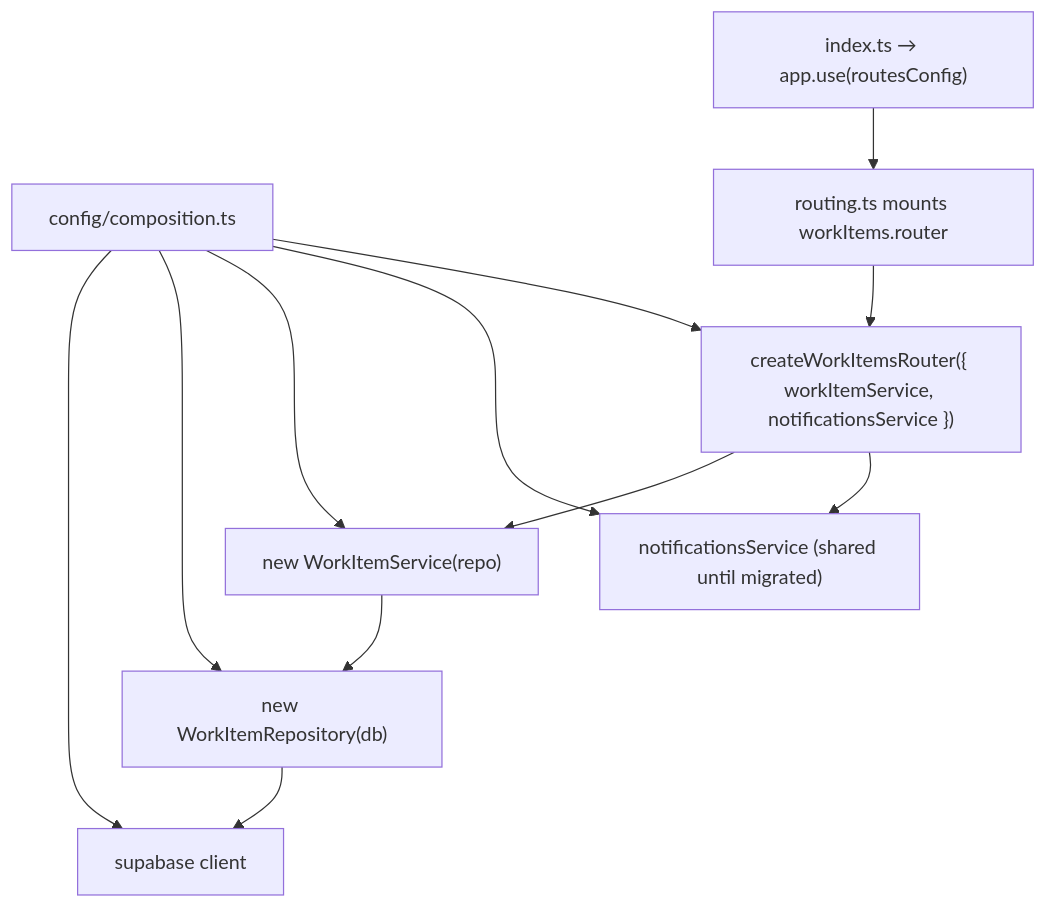
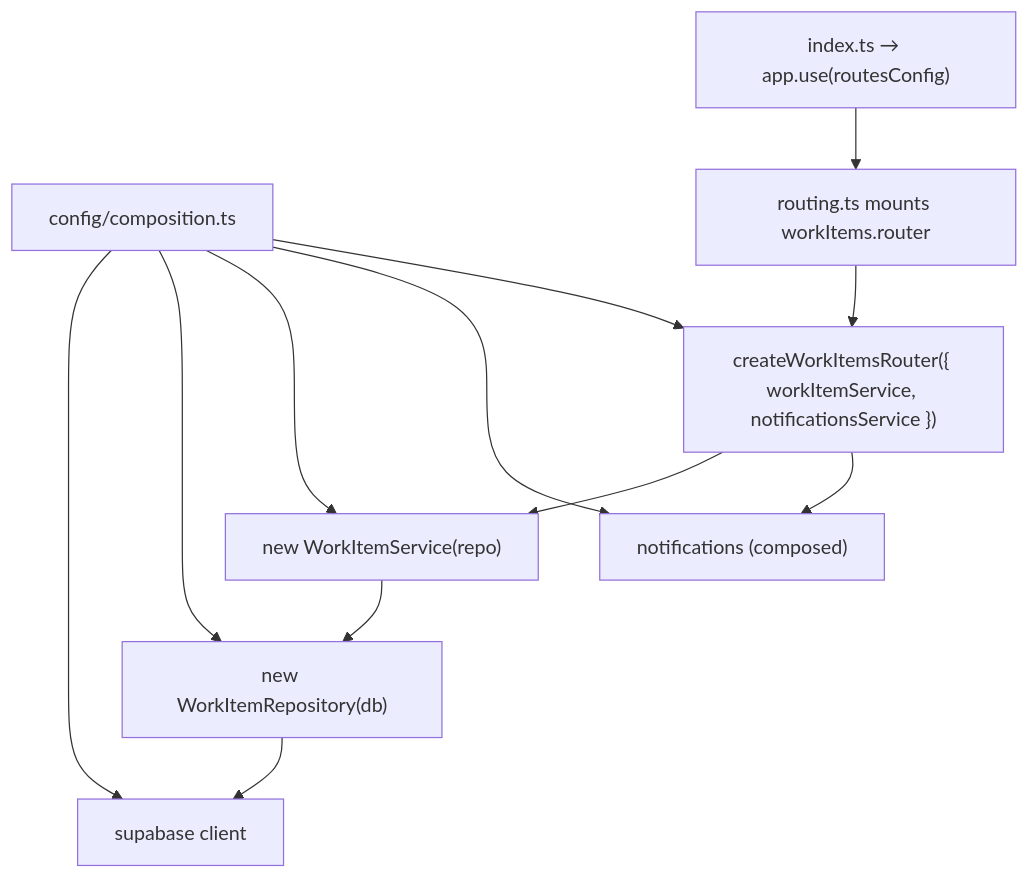
The diagram in docs/architecture/DI.md (lizardkingLK/alice), drawn with Mermaid before and after one commit. The commit also changed other lines of this file and 19 other files, not shown here.

````diff
--- a/docs/architecture/DI.md
+++ b/docs/architecture/DI.md
@@ -39,23 +39,23 @@
 ```mermaid
 flowchart TB
   root["config/composition.ts"]
   db["supabase client"]
   repo["new WorkItemRepository(db)"]
   svc["new WorkItemService(repo)"]
-  notif["notificationsService (shared until migrated)"]
+  notif["notifications (composed)"]
   router["createWorkItemsRouter({ workItemService, notificationsService })"]
   routing["routing.ts mounts workItems.router"]
   app["index.ts → app.use(routesConfig)"]
 
   root --> db
   root --> repo
   root --> svc
   root --> notif
   root --> router
   routing --> router
   app --> routing
   repo --> db
   svc --> repo
   router --> svc
   router --> notif
 ```
````
